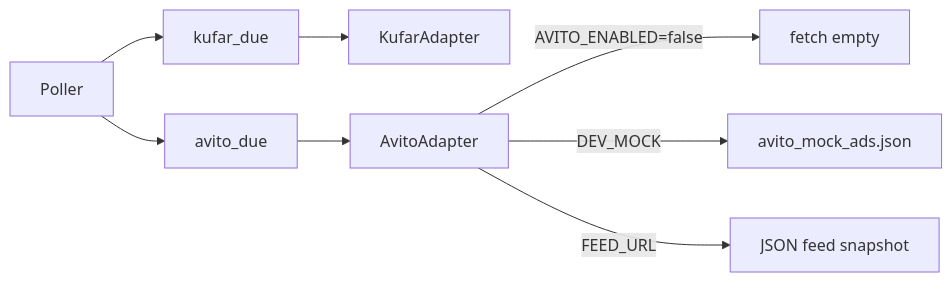
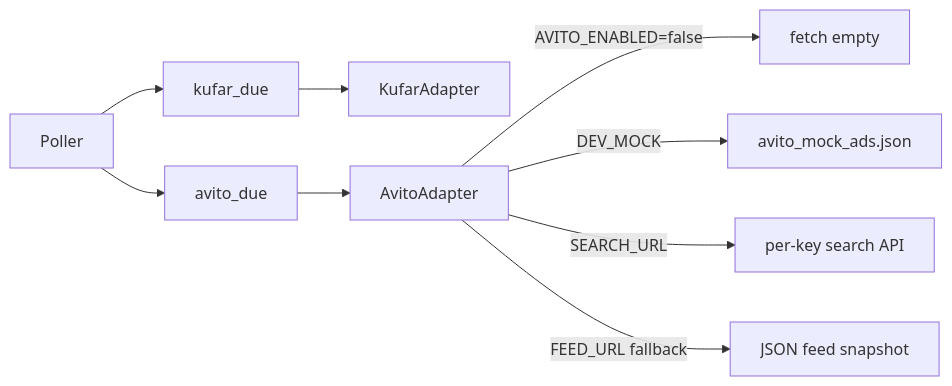
Before and after one commit to Drs1dead/parser-kufar: the diagram in ARCHITECTURE.md, drawn with Mermaid. The commit also changed other lines of this file and 7 other files, not shown here.

First line of the commit message:
Add Avito per-key search API client (Phase 4.2).

````diff
--- a/ARCHITECTURE.md
+++ b/ARCHITECTURE.md
@@ -53,10 +55,11 @@
 ```mermaid
 flowchart LR
   Poller --> KufarDispatch[kufar_due]
   Poller --> AvitoDispatch[avito_due]
   KufarDispatch --> KufarAdapter
   AvitoDispatch --> AvitoAdapter
   AvitoAdapter -->|"AVITO_ENABLED=false"| Empty[fetch empty]
   AvitoAdapter -->|"DEV_MOCK"| MockFile[avito_mock_ads.json]
-  AvitoAdapter -->|"FEED_URL"| Feed[JSON feed snapshot]
+  AvitoAdapter -->|"SEARCH_URL"| Search[per-key search API]
+  AvitoAdapter -->|"FEED_URL fallback"| Feed[JSON feed snapshot]
 ```
````
